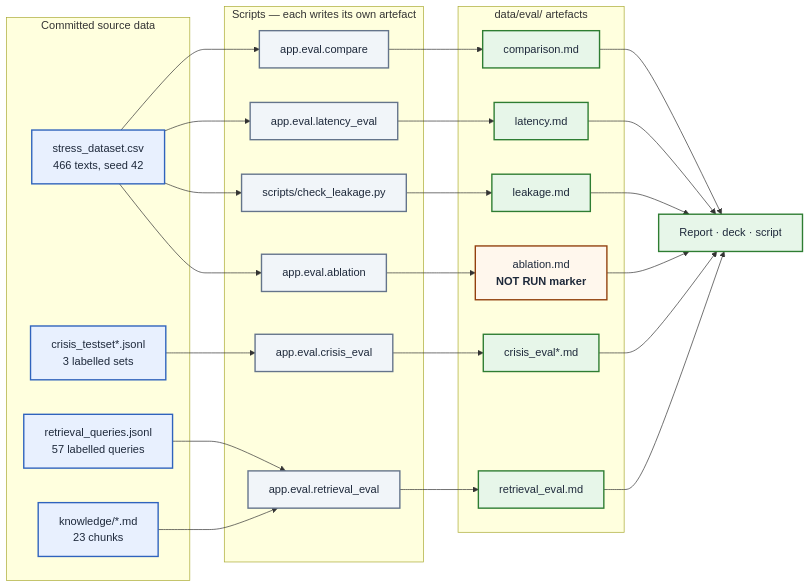
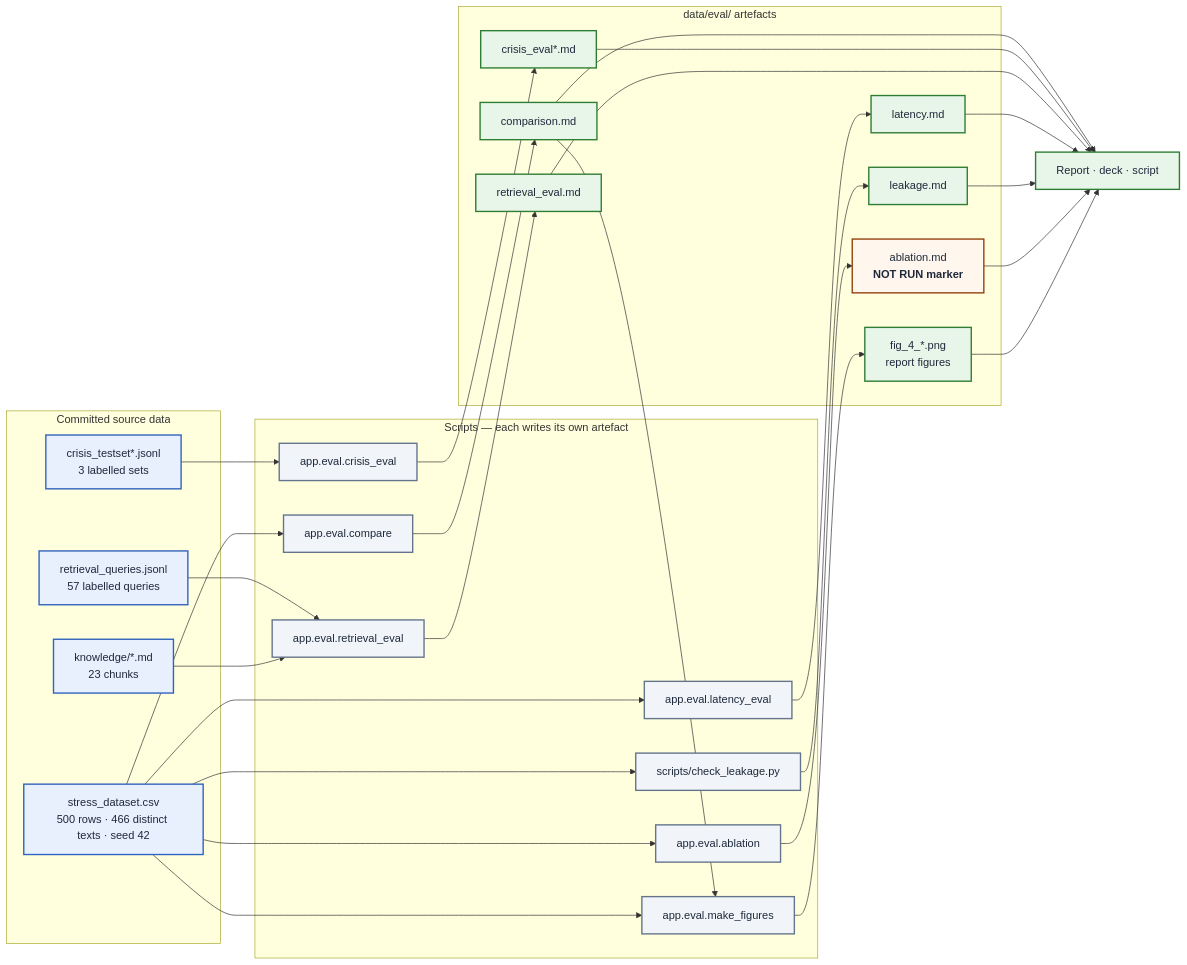
Before and after one commit to nmihtuna204/academic-stress-detection: the fourth of 4 diagrams in report/DIAGRAMS.md, drawn with Mermaid. The commit also changed other lines of this file and 58 other files, not shown here.

````diff
--- a/report/DIAGRAMS.md
+++ b/report/DIAGRAMS.md
@@ -142,52 +173,58 @@
 ```mermaid
 flowchart LR
     subgraph SRC["Committed source data"]
-        D1["stress_dataset.csv<br/>466 texts, seed 42"]
+        D1["stress_dataset.csv<br/>500 rows · 466 distinct texts · seed 42"]
         D2["crisis_testset*.jsonl<br/>3 labelled sets"]
         D3["retrieval_queries.jsonl<br/>57 labelled queries"]
         D4["knowledge/*.md<br/>23 chunks"]
     end
 
     subgraph RUN["Scripts — each writes its own artefact"]
         R1["app.eval.compare"]
         R2["app.eval.crisis_eval"]
         R3["app.eval.retrieval_eval"]
         R4["app.eval.latency_eval"]
         R5["scripts/check_leakage.py"]
         R6["app.eval.ablation"]
+        R7["app.eval.make_figures"]
     end
 
     subgraph ART["data/eval/ artefacts"]
         A1["comparison.md"]
         A2["crisis_eval*.md"]
         A3["retrieval_eval.md"]
         A4["latency.md"]
         A5["leakage.md"]
         A6["ablation.md<br/><b>NOT RUN marker</b>"]
+        A7["fig_4_*.png<br/>report figures"]
     end
 
     D1 --> R1 --> A1
     D2 --> R2 --> A2
     D3 --> R3 --> A3
     D4 --> R3
     D1 --> R4 --> A4
     D1 --> R5 --> A5
     D1 --> R6 --> A6
+    A1 --> R7
+    D1 --> R7
+    R7 --> A7
 
     A1 --> DECK["Report · deck · script"]
     A2 --> DECK
     A3 --> DECK
     A4 --> DECK
     A5 --> DECK
     A6 --> DECK
+    A7 --> DECK
 
     classDef src fill:#E8F0FE,stroke:#2F63BD,stroke-width:2px,color:#1E293B
     classDef run fill:#F1F5F9,stroke:#64748B,stroke-width:2px,color:#1E293B
     classDef art fill:#E7F6E9,stroke:#2E7D32,stroke-width:2px,color:#1E293B
     classDef gap fill:#FFF7ED,stroke:#92400E,stroke-width:2px,color:#1E293B
     class D1,D2,D3,D4 src
-    class R1,R2,R3,R4,R5,R6 run
-    class A1,A2,A3,A4,A5 art
+    class R1,R2,R3,R4,R5,R6,R7 run
+    class A1,A2,A3,A4,A5,A7 art
     class A6 gap
     class DECK art
 ```
````
